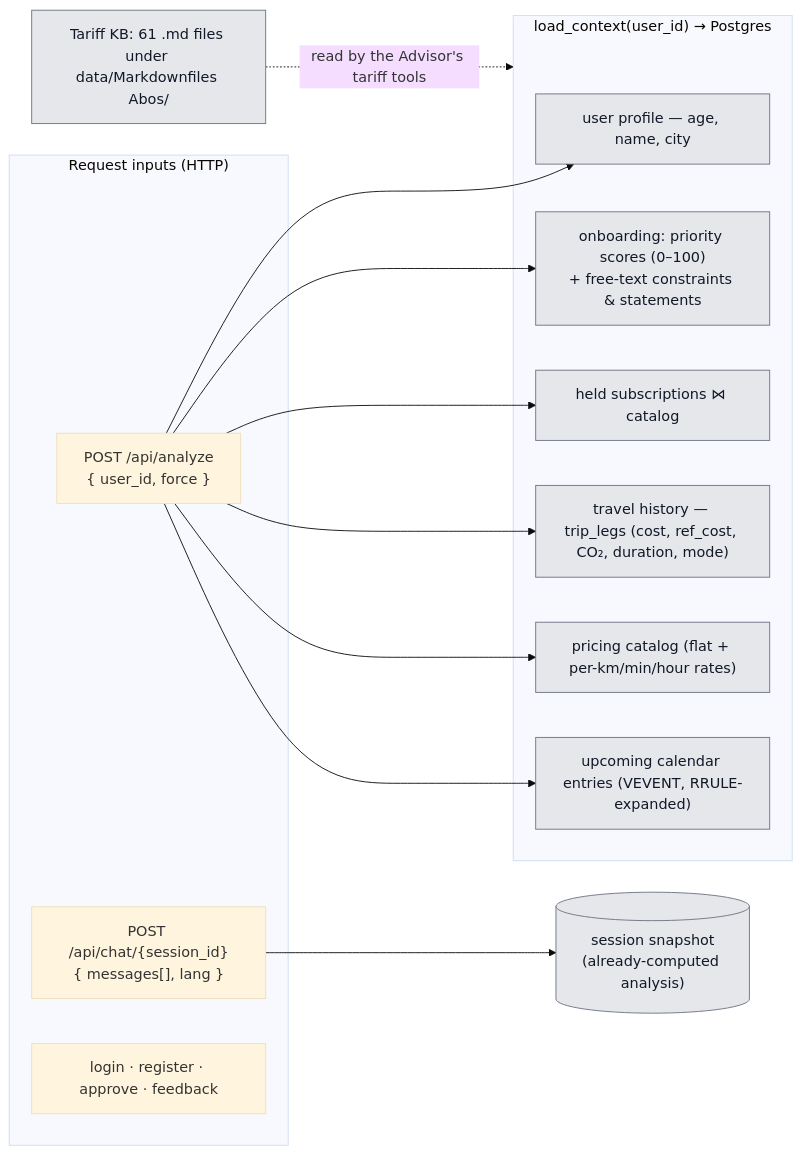
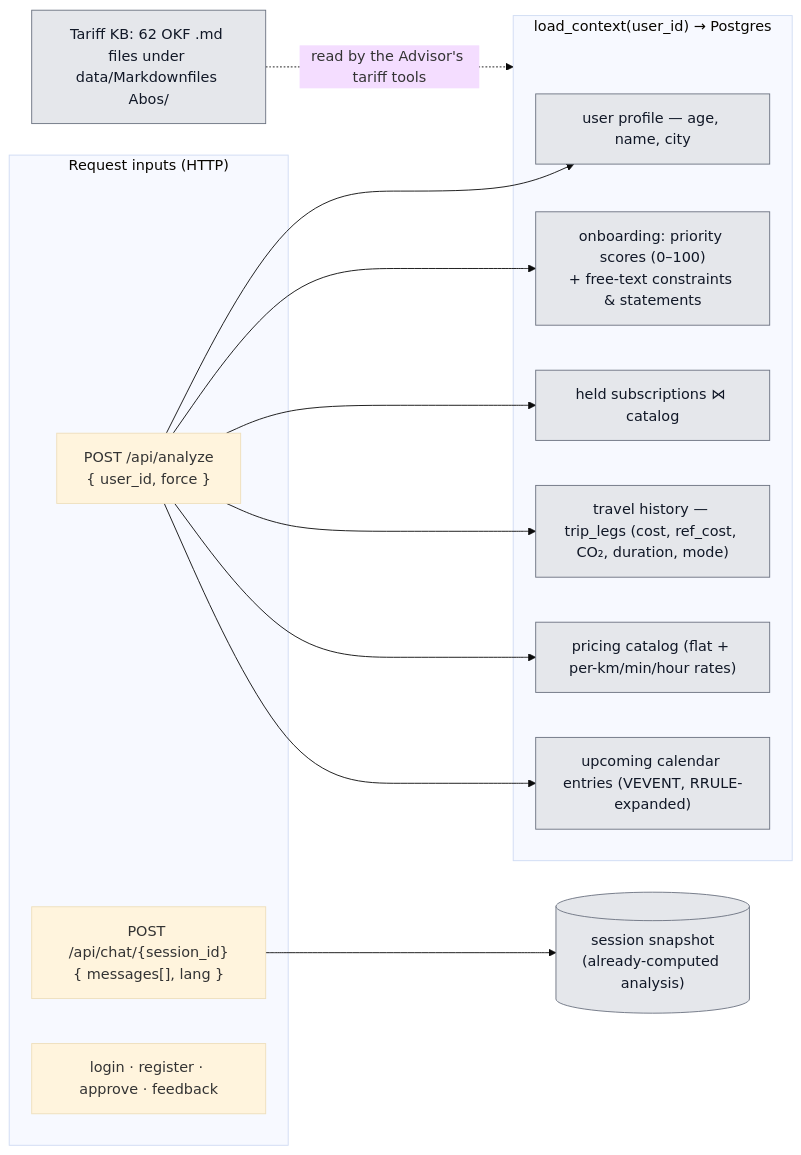
Before and after one commit to tjorgeo/AIIM_DB_mobility_advisior: the second of 13 diagrams in DELIVERABLES/BACKEND_ARCHITECTURE_REPORT.md, drawn with Mermaid (base theme). The commit also changed other lines of this file and 19 other files, not shown here.

````diff
--- a/DELIVERABLES/BACKEND_ARCHITECTURE_REPORT.md
+++ b/DELIVERABLES/BACKEND_ARCHITECTURE_REPORT.md
@@ -103,23 +106,23 @@
 ```mermaid
 flowchart LR
     subgraph inputs["Request inputs (HTTP)"]
         I1["POST /api/analyze<br/>{ user_id, force }"]
         I2["POST /api/chat/{session_id}<br/>{ messages[], lang }"]
         I3["login · register · approve · feedback"]
     end
     subgraph derived["load_context(user_id) → Postgres"]
         D1["user profile — age, name, city"]
         D2["onboarding: priority scores (0–100)<br/>+ free-text constraints & statements"]
         D3["held subscriptions ⋈ catalog"]
         D4["travel history — trip_legs (cost, ref_cost, CO₂, duration, mode)"]
         D5["pricing catalog (flat + per-km/min/hour rates)"]
         D6["upcoming calendar entries (VEVENT, RRULE-expanded)"]
     end
-    KB["Tariff KB: 61 .md files under data/Markdownfiles Abos/"]
+    KB["Tariff KB: 62 OKF .md files under data/Markdownfiles Abos/"]
 
     I1 --> D1 & D2 & D3 & D4 & D5 & D6
     I2 --> SNAP[("session snapshot<br/>(already-computed analysis)")]
     KB -. read by the Advisor's tariff tools .-> derived
     classDef store fill:#e5e7eb,stroke:#6b7280,color:#111827;
     class D1,D2,D3,D4,D5,D6,KB,SNAP store;
 ```
````
